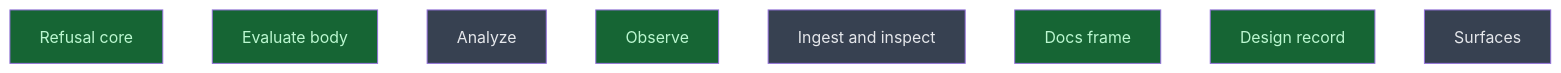
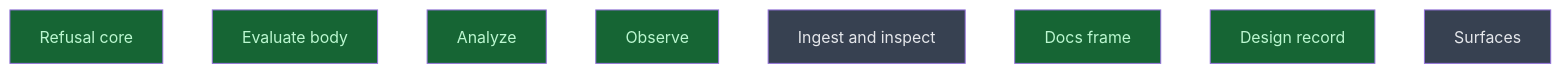
One commit to CrackingShells/Candler changed the diagram in __roadmap__/m3-lean-cli/verbs/README.md. Above: the diagram before and after it, drawn with Mermaid. The commit also changed other lines of this file, not shown here.

Commit message:
rdm(cli): mark analyze done

````diff
--- a/__roadmap__/m3-lean-cli/verbs/README.md
+++ b/__roadmap__/m3-lean-cli/verbs/README.md
@@ -28,16 +28,16 @@
 ```mermaid
 graph TD
     refusal_core[Refusal core]:::done
     evaluate_body[Evaluate body]:::done
-    analyze[Analyze]:::planned
+    analyze[Analyze]:::done
     observe[Observe]:::done
     ingest_inspect[Ingest and inspect]:::planned
     docs_frame[Docs frame]:::done
     design_record[Design record]:::done
     surfaces[Surfaces]:::planned
     classDef done       fill:#166534,color:#bbf7d0
     classDef inprogress fill:#854d0e,color:#fef08a
     classDef planned    fill:#374151,color:#e5e7eb
     classDef amendment  fill:#1e3a5f,color:#bfdbfe
     classDef blocked    fill:#7f1d1d,color:#fecaca
 ```
````
